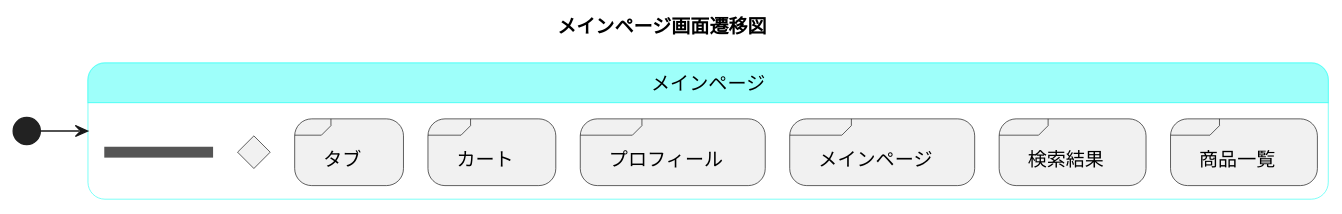
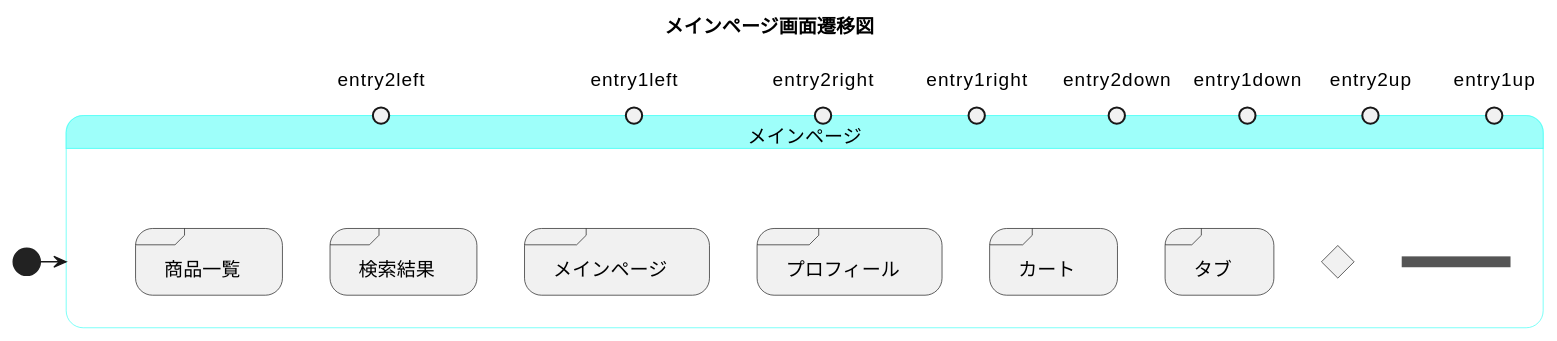
One commit to akutori/T-D-E changed the diagram in メインページ.md. Above: the diagram before and after it, drawn with PlantUML.

Commit message:
必要そうなエントリーポイントを追加

````diff
--- a/メインページ.md
+++ b/メインページ.md
@@ -1,22 +1,30 @@
 ```uml
 @startuml
 title メインページ画面遷移図
 
 [*]->メインページ
 state メインページ<<mainpage>>{
     state join_header <<join>>
     state ifinput <<choice>>
     state "タブ" as tab <<sdlreceive>>
     state "カート" as cart <<sdlreceive>>
     state "プロフィール" as profile <<sdlreceive>>
     state "メインページ" as mainpage <<sdlreceive>>
     state "検索結果" as serch <<sdlreceive>>
     state "商品一覧" as goods<<sdlreceive>>
+    state entry1up <<entryPoint>>
+    state entry2up <<entryPoint>>
+    state entry1down <<entryPoint>>
+    state entry2down <<entryPoint>>
+    state entry1right <<entryPoint>>
+    state entry2right <<entryPoint>>
+    state entry1left <<entryPoint>>
+    state entry2left <<entryPoint>>
 
 
 }
 skinparam stateBorderColor<<mainpage>> #40fff5
 state メインページ #9efffa
 
 @enduml
 ```
````
